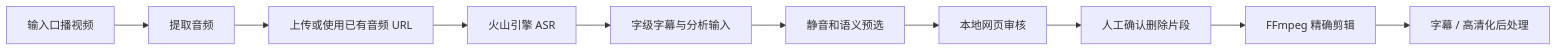
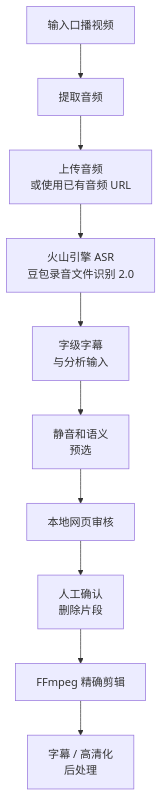
Before and after one commit to MingStudentSE/videocut-skills: the diagram in README.md, drawn with Mermaid.

Commit message:
docs: make workflow diagram vertical

````diff
--- a/README.md
+++ b/README.md
@@ -50,12 +50,12 @@
 ```mermaid
-flowchart LR
+flowchart TD
   A["输入口播视频"] --> B["提取音频"]
-  B --> C["上传或使用已有音频 URL"]
-  C --> D["火山引擎 ASR"]
-  D --> E["字级字幕与分析输入"]
-  E --> F["静音和语义预选"]
+  B --> C["上传音频<br/>或使用已有音频 URL"]
+  C --> D["火山引擎 ASR<br/>豆包录音文件识别 2.0"]
+  D --> E["字级字幕<br/>与分析输入"]
+  E --> F["静音和语义<br/>预选"]
   F --> G["本地网页审核"]
-  G --> H["人工确认删除片段"]
+  G --> H["人工确认<br/>删除片段"]
   H --> I["FFmpeg 精确剪辑"]
-  I --> J["字幕 / 高清化后处理"]
+  I --> J["字幕 / 高清化<br/>后处理"]
 ```
````
